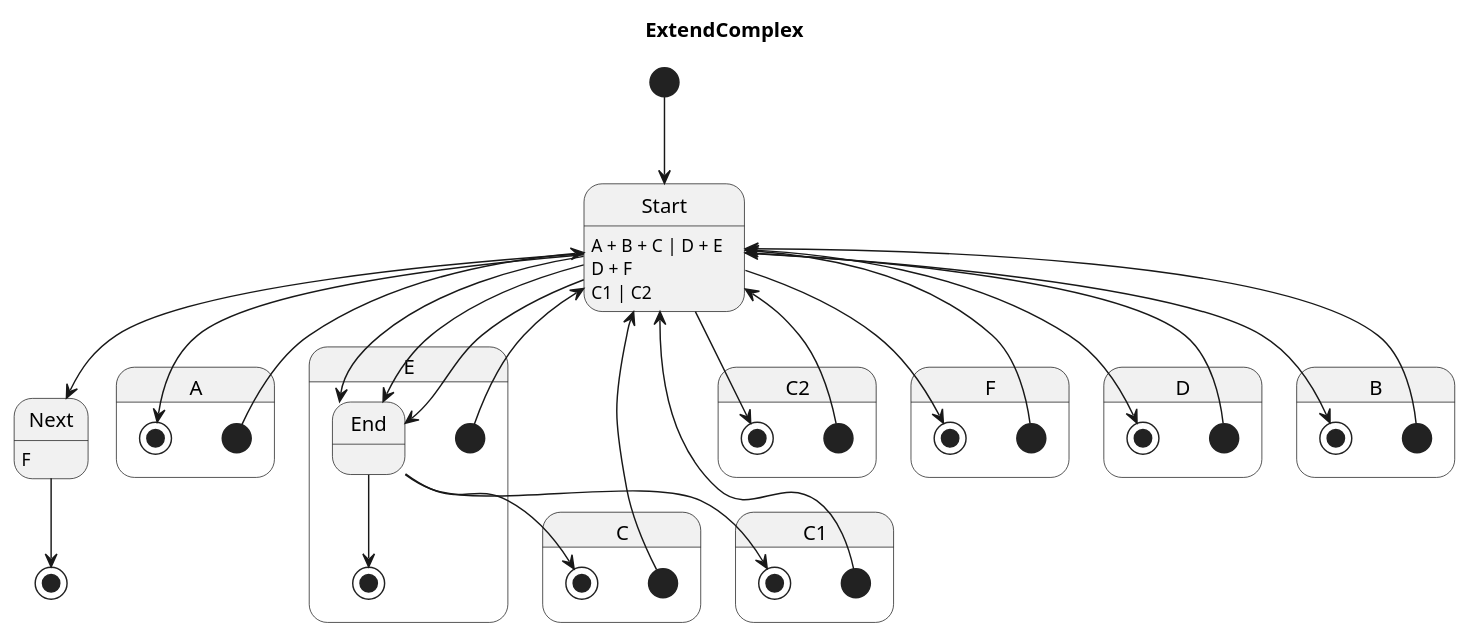
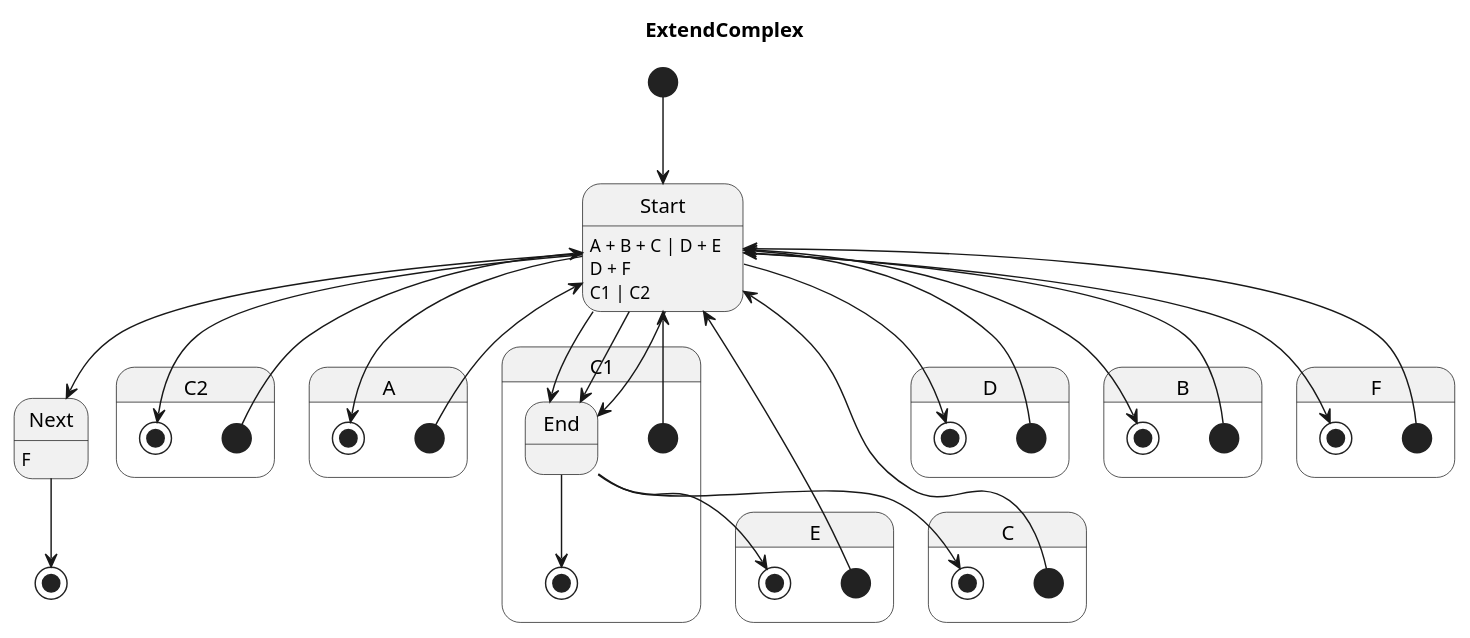
One commit to Pastor/Takt changed the diagram in examples/generated/plantuml/extend_complex.puml. Above: the diagram before and after it, drawn with PlantUML. The commit also changed other lines of this file and 23 other files, not shown here.

```diff
--- a/examples/generated/plantuml/extend_complex.puml
+++ b/examples/generated/plantuml/extend_complex.puml
@@ -1,55 +1,55 @@
 @startuml
 title ExtendComplex
 
 [*] --> Start
 Next : F
 Next --> [*]
 Start : A + B + C | D + E
 Start --> Next
 
+state C2 {
+    [*] --> Start
+    Start --> [*]
+}
+
 state A {
+    [*] --> Start
+    Start --> [*]
+}
+
+state C1 {
+    [*] --> Start
+    Start --> End
+    End --> [*]
+}
+
+state D {
     [*] --> Start
     Start --> [*]
 }
 
 state E {
     [*] --> Start
     End --> [*]
     Start : D + F
     Start --> End
 }
 
-state C2 {
+state C {
+    [*] --> Start
+    Start : C1 | C2
+    Start --> End
+    End --> [*]
+}
+
+state B {
     [*] --> Start
     Start --> [*]
 }
 
 state F {
     [*] --> Start
     Start --> [*]
 }
 
-state C {
-    [*] --> Start
-    Start : C1 | C2
-    Start --> End
-    End --> [*]
-}
-
-state D {
-    [*] --> Start
-    Start --> [*]
-}
-
-state C1 {
-    [*] --> Start
-    End --> [*]
-    Start --> End
-}
-
-state B {
-    [*] --> Start
-    Start --> [*]
-}
-
 @enduml
```
